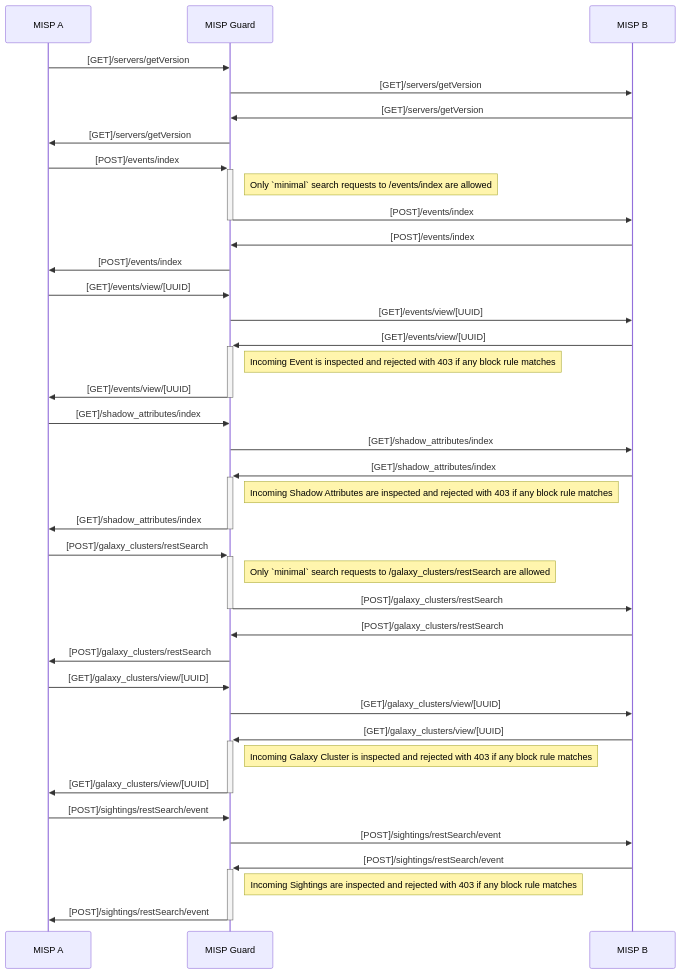
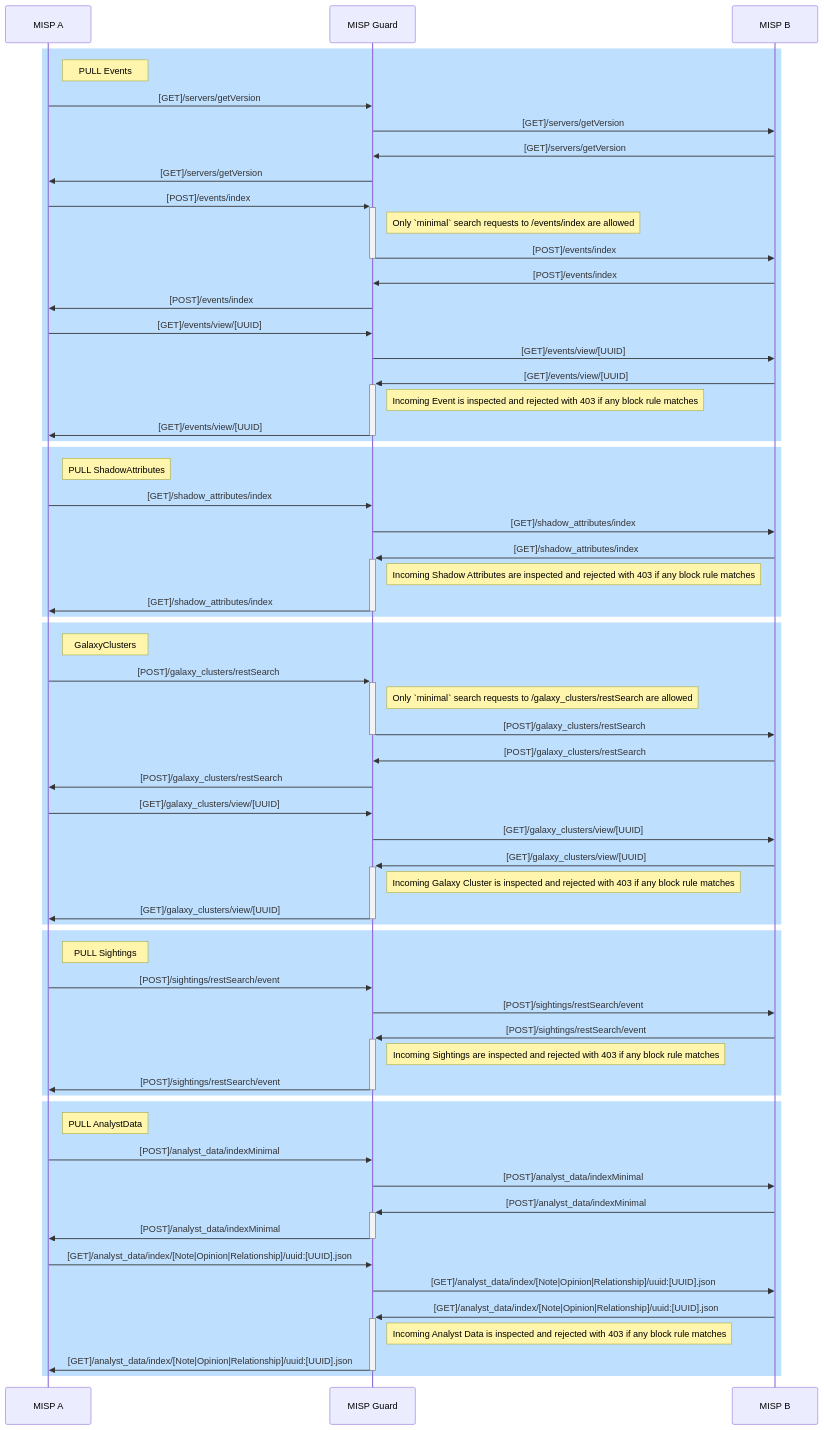
Before and after one commit to MISP/misp-guard: the second of 2 diagrams in README.md, drawn with Mermaid. The commit also changed other lines of this file, not shown here.

Commit message:
update sequence diagram

````diff
--- a/README.md
+++ b/README.md
@@ -60,47 +79,73 @@
 ```mermaid
 sequenceDiagram
     participant MISP A
     participant MISP Guard
     participant MISP B
 
+    rect rgb(191, 223, 255)
+    note right of MISP A: PULL Events 
     MISP A->>MISP Guard: [GET]/servers/getVersion
     MISP Guard->>MISP B: [GET]/servers/getVersion
     MISP B->>MISP Guard: [GET]/servers/getVersion
     MISP Guard->>MISP A: [GET]/servers/getVersion
 
     MISP A->>+MISP Guard: [POST]/events/index
     note right of MISP Guard: Only `minimal` search requests to /events/index are allowed
     MISP Guard->>-MISP B: [POST]/events/index
     MISP B->>MISP Guard: [POST]/events/index
     MISP Guard->>MISP A: [POST]/events/index
 
     MISP A->>MISP Guard: [GET]/events/view/[UUID]
     MISP Guard->>MISP B: [GET]/events/view/[UUID]
     MISP B->>+MISP Guard: [GET]/events/view/[UUID]
     note right of MISP Guard: Incoming Event is inspected and rejected with 403 if any block rule matches
     MISP Guard->>-MISP A: [GET]/events/view/[UUID]
+    end
 
+    rect rgb(191, 223, 255)
+    note right of MISP A: PULL ShadowAttributes 
     MISP A->>MISP Guard: [GET]/shadow_attributes/index
     MISP Guard->>MISP B: [GET]/shadow_attributes/index
     MISP B->>+MISP Guard: [GET]/shadow_attributes/index
     note right of MISP Guard: Incoming Shadow Attributes are inspected and rejected with 403 if any block rule matches
     MISP Guard->>-MISP A: [GET]/shadow_attributes/index
+    end
 
+    rect rgb(191, 223, 255)
+    note right of MISP A: GalaxyClusters 
     MISP A->>+MISP Guard: [POST]/galaxy_clusters/restSearch
     note right of MISP Guard: Only `minimal` search requests to /galaxy_clusters/restSearch are allowed
     MISP Guard->>-MISP B: [POST]/galaxy_clusters/restSearch
     MISP B->>MISP Guard: [POST]/galaxy_clusters/restSearch
     MISP Guard->>MISP A: [POST]/galaxy_clusters/restSearch
 
     MISP A->>MISP Guard: [GET]/galaxy_clusters/view/[UUID]
     MISP Guard->>MISP B: [GET]/galaxy_clusters/view/[UUID]
     MISP B->>+MISP Guard: [GET]/galaxy_clusters/view/[UUID]
     note right of MISP Guard: Incoming Galaxy Cluster is inspected and rejected with 403 if any block rule matches
     MISP Guard->>-MISP A: [GET]/galaxy_clusters/view/[UUID]
+    end
 
+    rect rgb(191, 223, 255)
+    note right of MISP A: PULL Sightings 
     MISP A->>MISP Guard: [POST]/sightings/restSearch/event
     MISP Guard->>MISP B: [POST]/sightings/restSearch/event
     MISP B->>+MISP Guard: [POST]/sightings/restSearch/event
     note right of MISP Guard: Incoming Sightings are inspected and rejected with 403 if any block rule matches
     MISP Guard->>-MISP A: [POST]/sightings/restSearch/event
+    end
+    
+    rect rgb(191, 223, 255)
+    note right of MISP A: PULL AnalystData 
+    MISP A->>MISP Guard: [POST]/analyst_data/indexMinimal
+    MISP Guard->>MISP B: [POST]/analyst_data/indexMinimal
+    MISP B->>+MISP Guard: [POST]/analyst_data/indexMinimal
+    MISP Guard->>-MISP A: [POST]/analyst_data/indexMinimal
+
+    MISP A->>MISP Guard: [GET]/analyst_data/index/[Note|Opinion|Relationship]/uuid:[UUID].json
+    MISP Guard->>MISP B: [GET]/analyst_data/index/[Note|Opinion|Relationship]/uuid:[UUID].json
+    MISP B->>+MISP Guard: [GET]/analyst_data/index/[Note|Opinion|Relationship]/uuid:[UUID].json
+    note right of MISP Guard: Incoming Analyst Data is inspected and rejected with 403 if any block rule matches
+    MISP Guard->>-MISP A: [GET]/analyst_data/index/[Note|Opinion|Relationship]/uuid:[UUID].json
+    end
 ```
````
